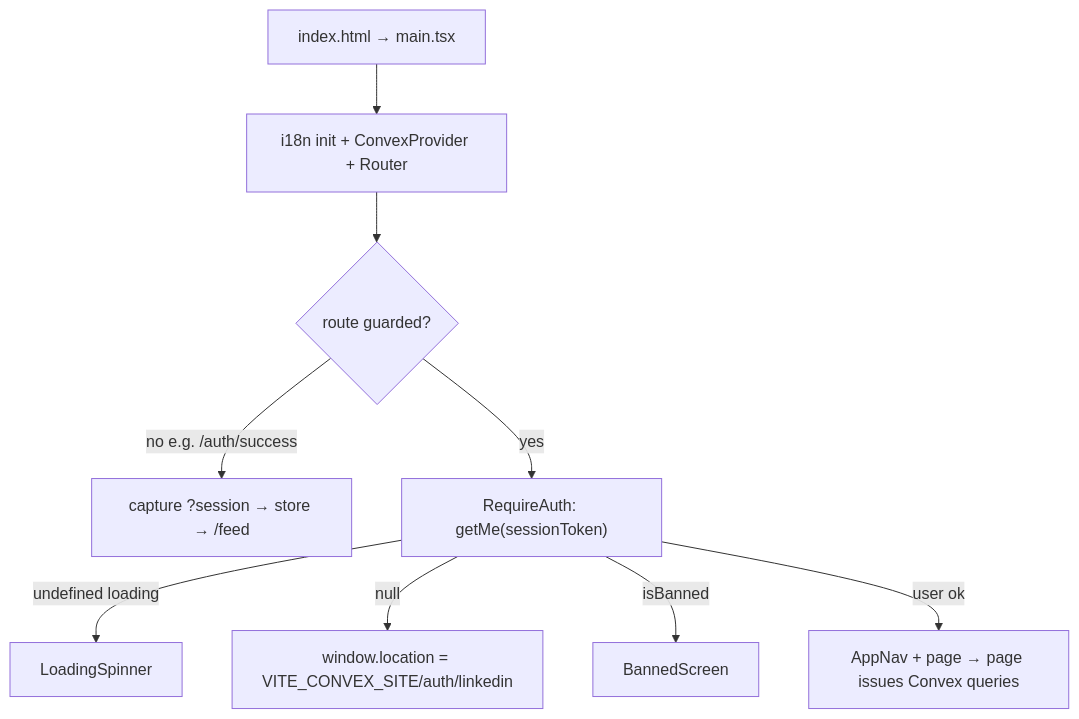
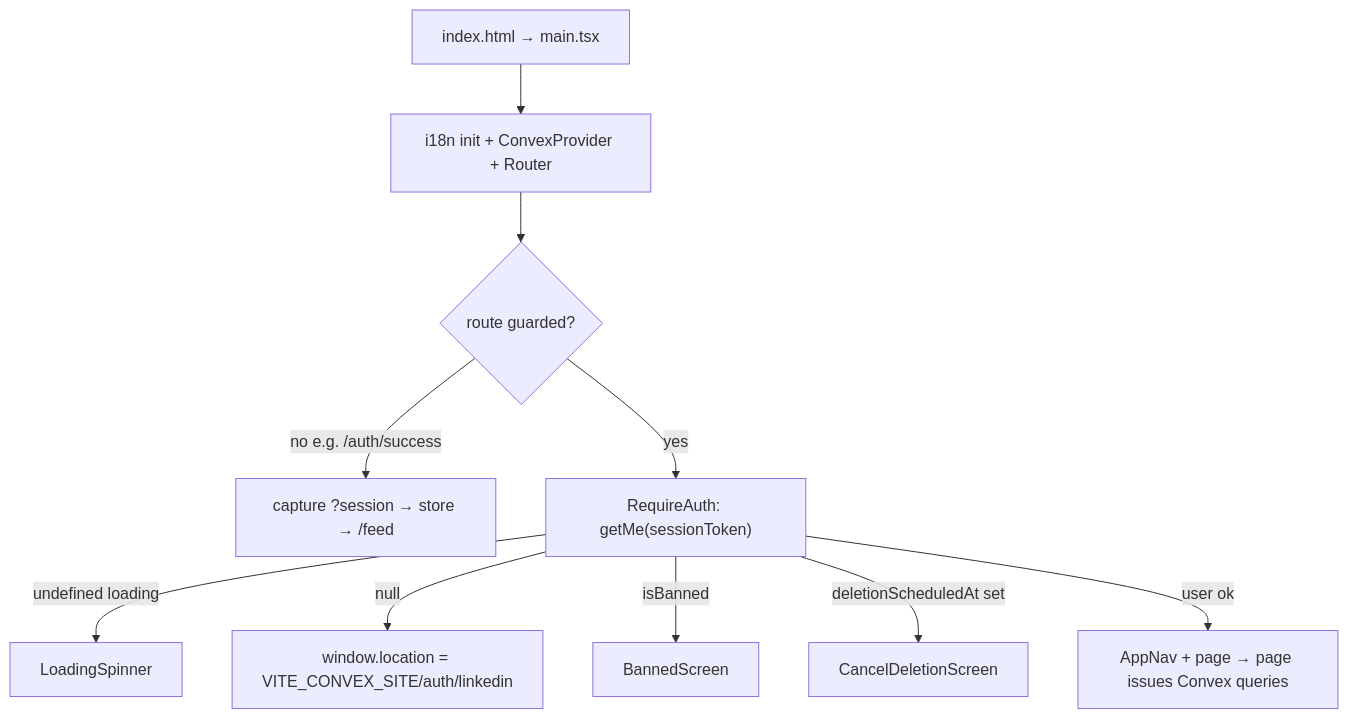
Diagram 15 of 15 in docs/PLATFORM.md (henriko202/glowing-octo-guide), drawn with Mermaid before and after one commit. The commit also changed other lines of this file and 21 other files, not shown here.

````diff
--- a/docs/PLATFORM.md
+++ b/docs/PLATFORM.md
@@ -1105,11 +1160,12 @@
 ```mermaid
 flowchart TD
   L["index.html → main.tsx"] --> I["i18n init + ConvexProvider + Router"]
   I --> RT{"route guarded?"}
   RT -->|no e.g. /auth/success| LAND["capture ?session → store → /feed"]
   RT -->|yes| RA["RequireAuth: getMe(sessionToken)"]
   RA -->|undefined loading| SP["LoadingSpinner"]
   RA -->|null| OAUTH["window.location = VITE_CONVEX_SITE/auth/linkedin"]
   RA -->|isBanned| BAN["BannedScreen"]
+  RA -->|deletionScheduledAt set| CDEL["CancelDeletionScreen"]
   RA -->|user ok| SHELL["AppNav + page → page issues Convex queries"]
 ```
````
